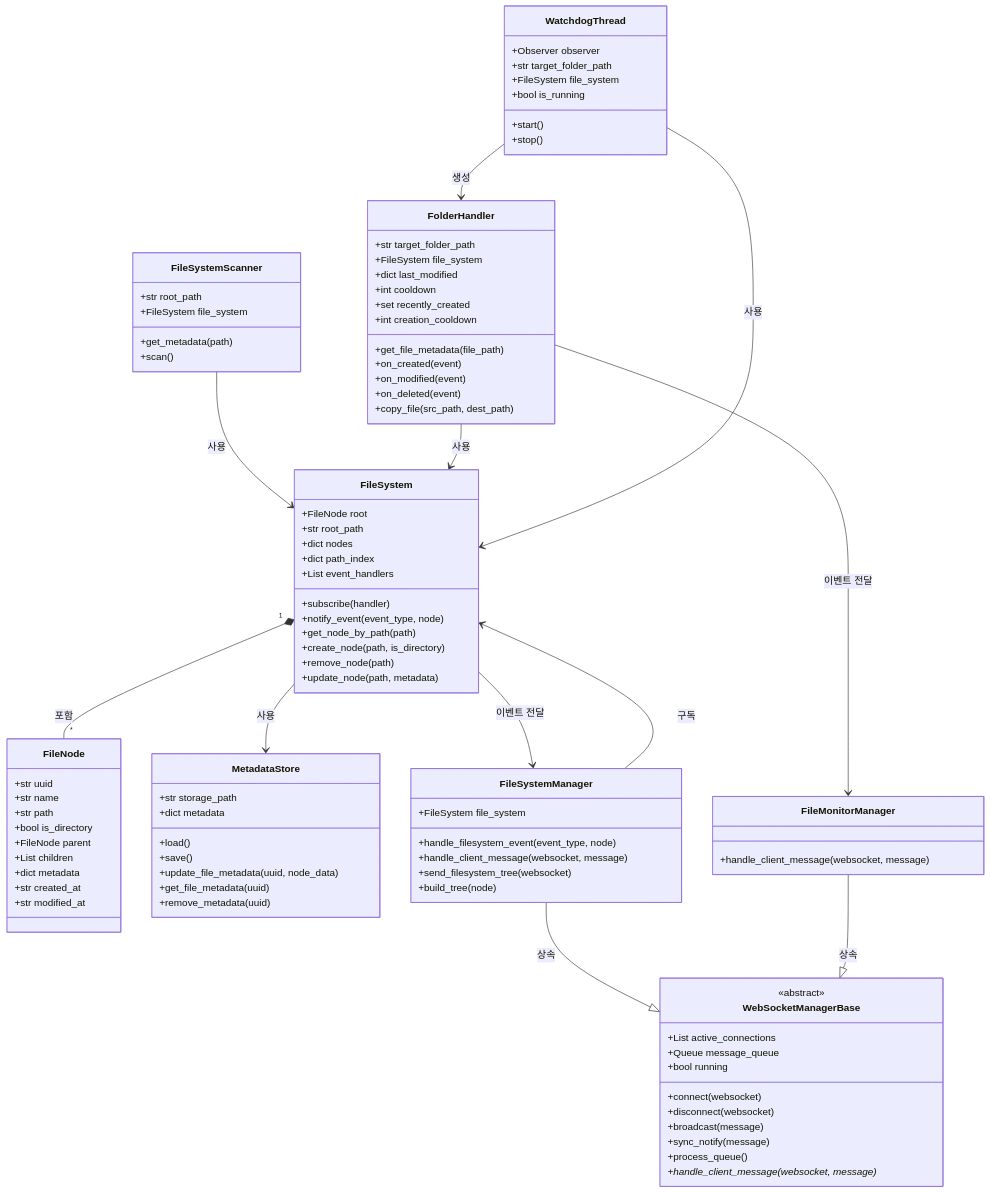
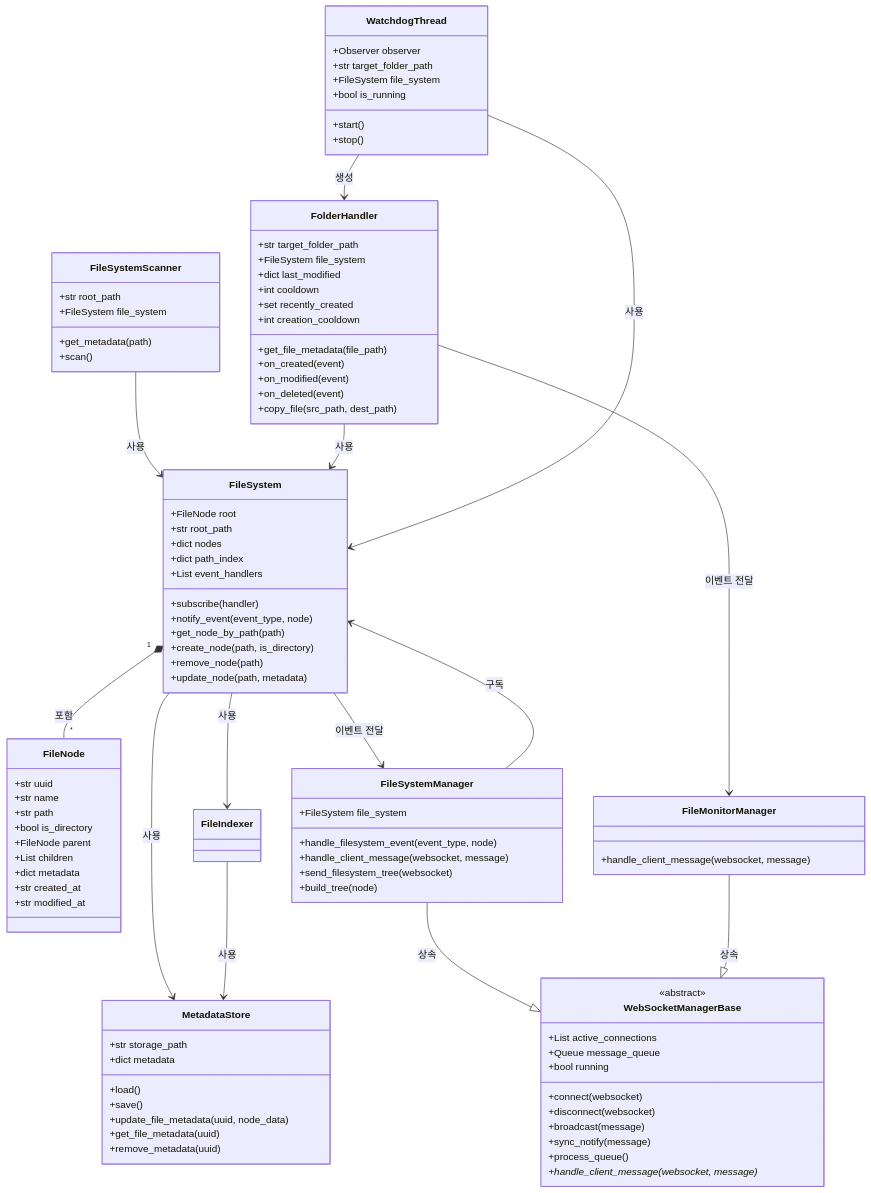
One commit to KimTaekGwan/file-management changed the third of 3 diagrams in back-end/README.md. Above: the diagram before and after it, drawn with Mermaid. The commit also changed other lines of this file and 8 other files, not shown here.

````diff
--- a/back-end/README.md
+++ b/back-end/README.md
@@ -229,4 +240,6 @@
     FolderHandler --> FileMonitorManager : 이벤트 전달
     FileSystem --> FileSystemManager : 이벤트 전달
     WatchdogThread --> FileSystem : 사용
+    FileSystem --> FileIndexer : 사용
+    FileIndexer --> MetadataStore : 사용
 ```
````
